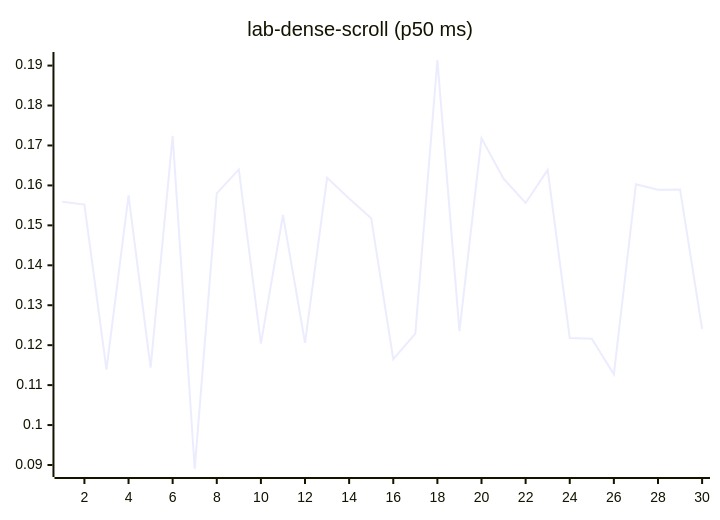
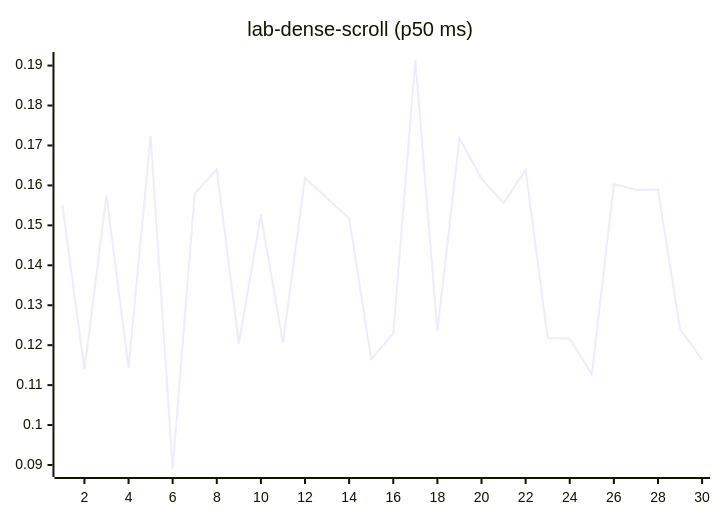
Before and after one commit to josha/Facet: diagram 12 of 27 in README.md, drawn with Mermaid. The commit also changed other lines of this file and 2 other files, not shown here.

````diff
--- a/README.md
+++ b/README.md
@@ -140,6 +140,6 @@
 ```mermaid
 xychart-beta
     title "lab-dense-scroll (p50 ms)"
     x-axis 1 --> 30
-    line [0.1559, 0.1552, 0.1139, 0.1575, 0.1144, 0.1724, 0.0890, 0.1580, 0.1640, 0.1204, 0.1526, 0.1206, 0.1619, 0.1567, 0.1518, 0.1165, 0.1229, 0.1914, 0.1235, 0.1718, 0.1617, 0.1556, 0.1639, 0.1218, 0.1216, 0.1127, 0.1603, 0.1589, 0.1590, 0.1241]
+    line [0.1552, 0.1139, 0.1575, 0.1144, 0.1724, 0.0890, 0.1580, 0.1640, 0.1204, 0.1526, 0.1206, 0.1619, 0.1567, 0.1518, 0.1165, 0.1229, 0.1914, 0.1235, 0.1718, 0.1617, 0.1556, 0.1639, 0.1218, 0.1216, 0.1127, 0.1603, 0.1589, 0.1590, 0.1241, 0.1163]
 ```
````
